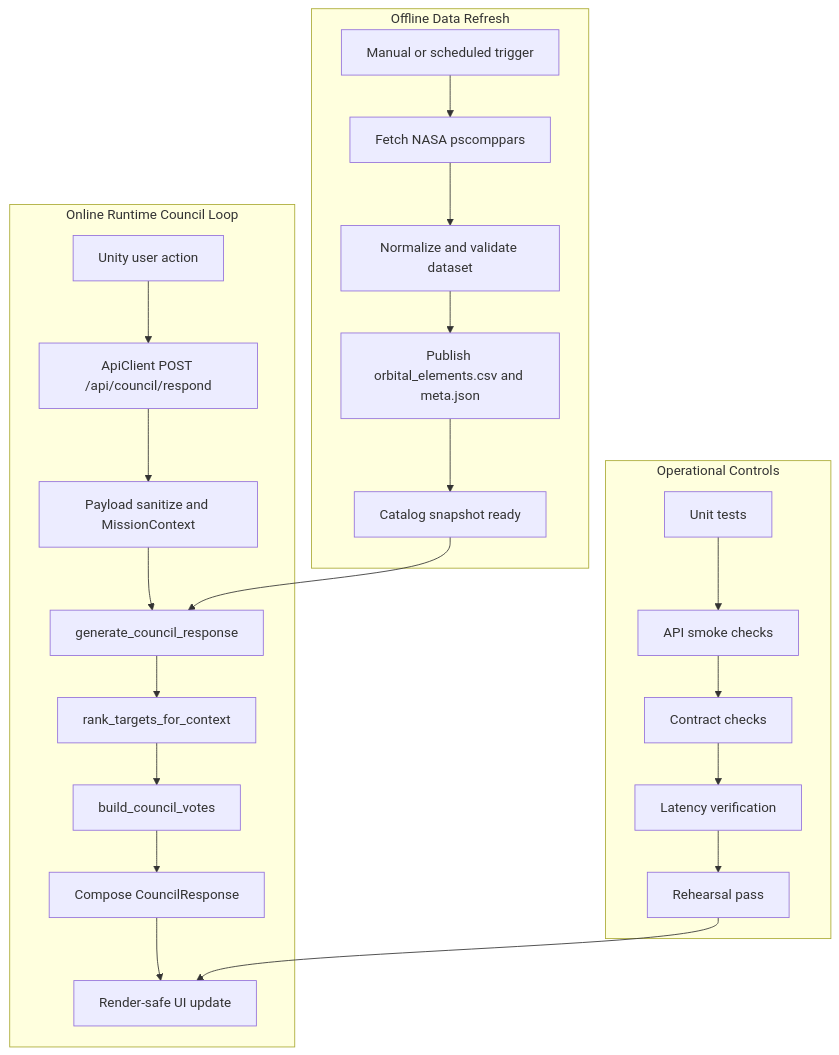
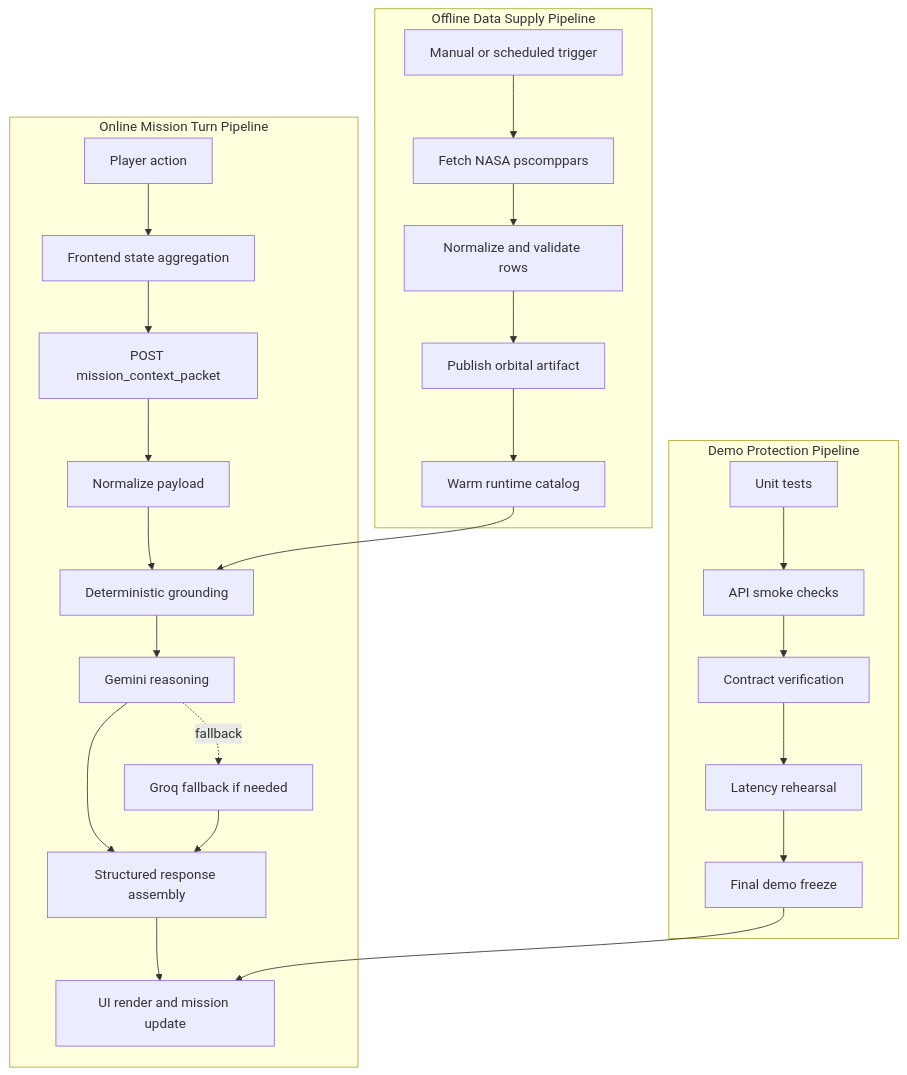
One commit to Procoderdata/hackathonvodich changed the first of 2 diagrams in triet.md/SYSTEM_PIPELINE.md. Above: the diagram before and after it, drawn with Mermaid. The commit also changed other lines of this file and 28 other files, not shown here.

````diff
--- a/triet.md/SYSTEM_PIPELINE.md
+++ b/triet.md/SYSTEM_PIPELINE.md
@@ -13,35 +35,37 @@
 ```mermaid
 flowchart TB
-    subgraph OFFLINE[Offline Data Refresh]
-      A1[Manual or scheduled trigger]
-      A2[Fetch NASA pscomppars]
-      A3[Normalize and validate dataset]
-      A4[Publish orbital_elements.csv and meta.json]
-      A5[Catalog snapshot ready]
-      A1 --> A2 --> A3 --> A4 --> A5
+    subgraph OFFLINE[Offline Data Supply Pipeline]
+      O1[Manual or scheduled trigger]
+      O2[Fetch NASA pscomppars]
+      O3[Normalize and validate rows]
+      O4[Publish orbital artifact]
+      O5[Warm runtime catalog]
+      O1 --> O2 --> O3 --> O4 --> O5
     end
 
-    subgraph ONLINE[Online Runtime Council Loop]
-      B1[Unity user action]
-      B2[ApiClient POST /api/council/respond]
-      B3[Payload sanitize and MissionContext]
-      B4[generate_council_response]
-      B5[rank_targets_for_context]
-      B6[build_council_votes]
-      B7[Compose CouncilResponse]
-      B8[Render-safe UI update]
-      B1 --> B2 --> B3 --> B4 --> B5 --> B6 --> B7 --> B8
+    subgraph ONLINE[Online Mission Turn Pipeline]
+      R1[Player action]
+      R2[Frontend state aggregation]
+      R3[POST mission_context_packet]
+      R4[Normalize payload]
+      R5[Deterministic grounding]
+      R6[Gemini reasoning]
+      R7[Groq fallback if needed]
+      R8[Structured response assembly]
+      R9[UI render and mission update]
+      R1 --> R2 --> R3 --> R4 --> R5 --> R6 --> R8 --> R9
+      R6 -. fallback .-> R7 --> R8
     end
 
-    subgraph OPS[Operational Controls]
-      C1[Unit tests]
-      C2[API smoke checks]
-      C3[Contract checks]
-      C4[Latency verification]
-      C5[Rehearsal pass]
-      C1 --> C2 --> C3 --> C4 --> C5
+    subgraph OPS[Demo Protection Pipeline]
+      Q1[Unit tests]
+      Q2[API smoke checks]
+      Q3[Contract verification]
+      Q4[Latency rehearsal]
+      Q5[Final demo freeze]
+      Q1 --> Q2 --> Q3 --> Q4 --> Q5
     end
 
-    A5 --> B4
-    C5 --> B8
+    O5 --> R5
+    Q5 --> R9
 ```
````
